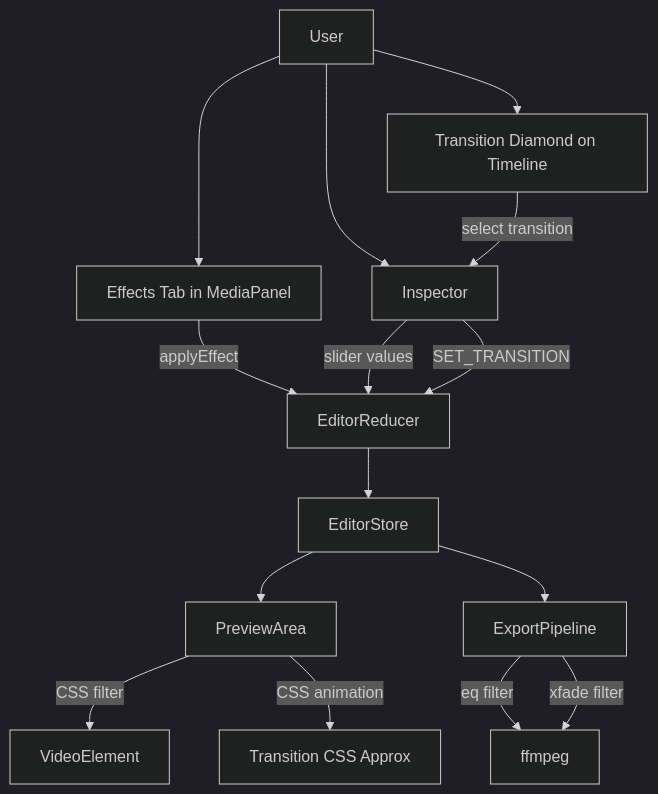
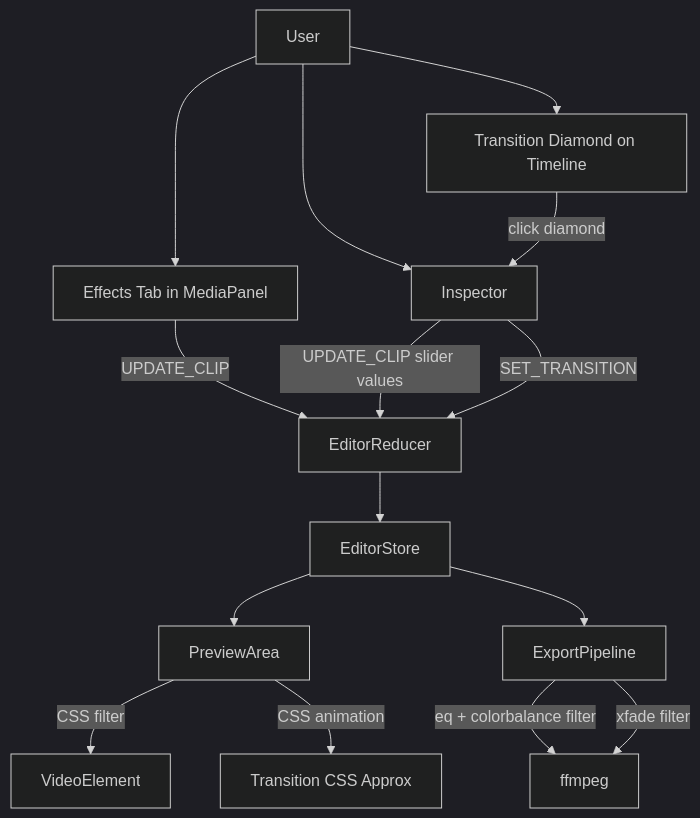
One commit to KennethAtchon/ContentAI changed the first of 2 diagrams in docs/editor-studio/architecture/03-effects-transitions-hld-lld.md. Above: the diagram before and after it, drawn with Mermaid (dark theme). The commit also changed other lines of this file and 26 other files, not shown here.

First line of the commit message:
feat: Enhance Docker scripts and database schema for improved project management and infrastructure setup

````diff
--- a/docs/editor-studio/architecture/03-effects-transitions-hld-lld.md
+++ b/docs/editor-studio/architecture/03-effects-transitions-hld-lld.md
@@ -15,20 +15,20 @@
 ```mermaid
 graph TD
     User --> Inspector
     User --> EffectsTab[Effects Tab in MediaPanel]
     User --> TransitionUI[Transition Diamond on Timeline]
 
-    EffectsTab -->|applyEffect| EditorReducer
-    Inspector -->|slider values| EditorReducer
-    TransitionUI -->|select transition| Inspector
+    EffectsTab -->|UPDATE_CLIP| EditorReducer
+    Inspector -->|UPDATE_CLIP slider values| EditorReducer
+    TransitionUI -->|click diamond| Inspector
     Inspector -->|SET_TRANSITION| EditorReducer
     EditorReducer --> EditorStore
 
     EditorStore --> PreviewArea
     PreviewArea -->|CSS filter| VideoElement
     PreviewArea -->|CSS animation| TransitionCSSApprox[Transition CSS Approx]
 
     EditorStore --> ExportPipeline
-    ExportPipeline -->|eq filter| ffmpeg
+    ExportPipeline -->|eq + colorbalance filter| ffmpeg
     ExportPipeline -->|xfade filter| ffmpeg
 ```
````
